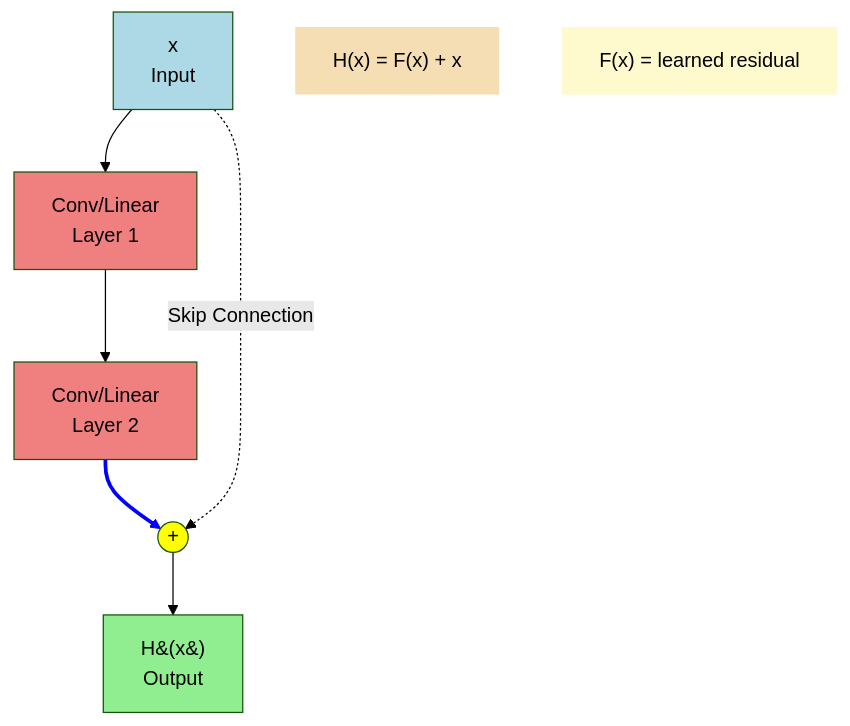
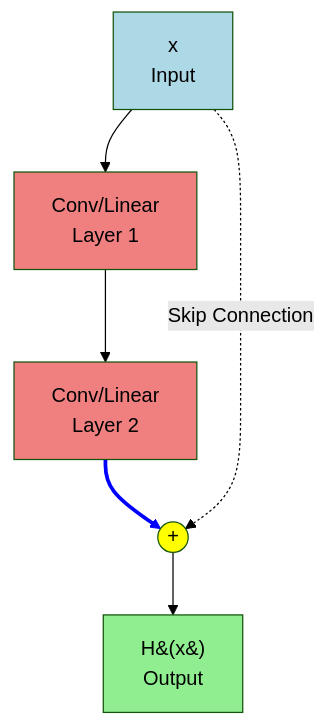
One commit to snowch/snowch.github.io changed the second of 3 diagrams in ai-eng/embedding-anomaly-detection/part1-understanding-resnet.md. Above: the diagram before and after it, drawn with Mermaid (forest theme). The commit also changed other lines of this file, not shown here.

First line of the commit message:
Move mermaid diagram annotations to markdown for cleaner diagrams

````diff
--- a/ai-eng/embedding-anomaly-detection/part1-understanding-resnet.md
+++ b/ai-eng/embedding-anomaly-detection/part1-understanding-resnet.md
@@ -201,20 +200,15 @@
 ```{mermaid}
 graph TB
     X2[x<br/>Input] --> L3[Conv/Linear<br/>Layer 1]
     L3 --> L4[Conv/Linear<br/>Layer 2]
     L4 --> Add((+))
     X2 -.Skip Connection.-> Add
     Add --> H2[H&#40;x&#41;<br/>Output]
 
-    Note2["H(x) = F(x) + x"]
-    Note3["F(x) = learned residual"]
-
     style X2 fill:#ADD8E6
     style L3 fill:#F08080
     style L4 fill:#F08080
     style Add fill:#FFFF00
     style H2 fill:#90EE90
-    style Note2 fill:#F5DEB3,stroke:none
-    style Note3 fill:#FFFACD,stroke:none
     linkStyle 2 stroke:#0000FF,stroke-width:3px
 ```
````
